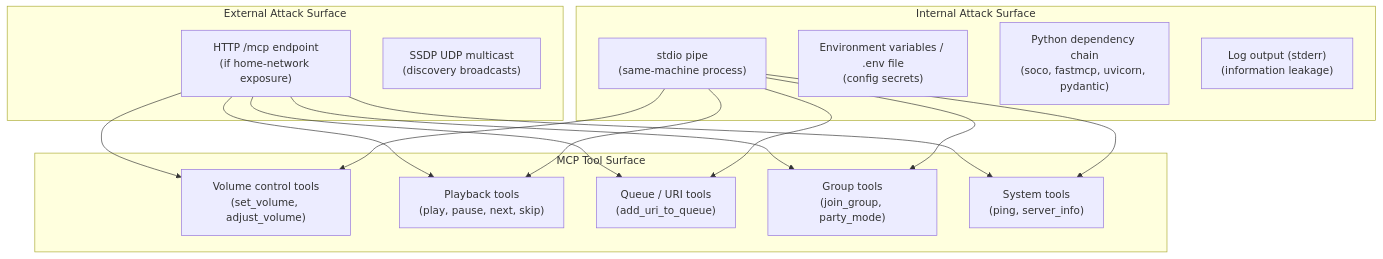
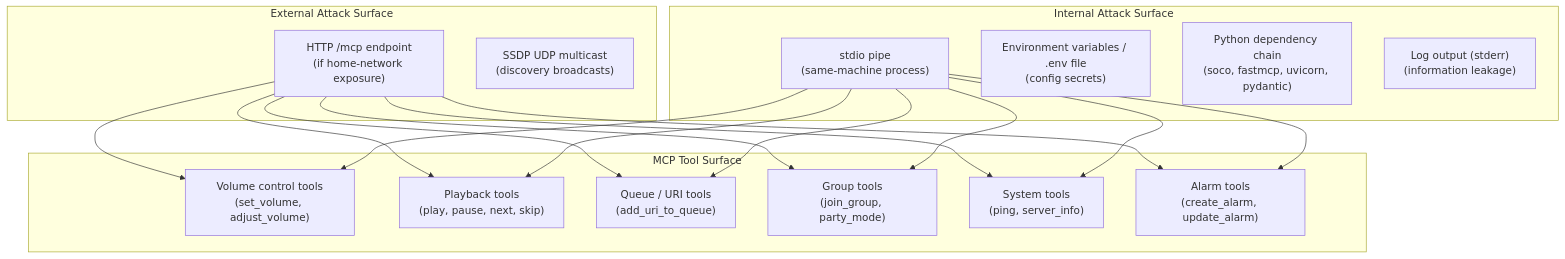
The fourth of 8 diagrams in docs/security/threat-model.md (PaulKnauer/sonos-mcp-server), drawn with Mermaid before and after one commit. The commit also changed other lines of this file and 7 other files, not shown here.

````diff
--- a/docs/security/threat-model.md
+++ b/docs/security/threat-model.md
@@ -150,25 +164,26 @@
 ```mermaid
 graph TD
     subgraph "External Attack Surface"
         AS1["HTTP /mcp endpoint\n(if home-network exposure)"]
         AS2["SSDP UDP multicast\n(discovery broadcasts)"]
     end
 
     subgraph "Internal Attack Surface"
         AS3["stdio pipe\n(same-machine process)"]
         AS4["Environment variables / .env file\n(config secrets)"]
         AS5["Python dependency chain\n(soco, fastmcp, uvicorn, pydantic)"]
         AS6["Log output (stderr)\n(information leakage)"]
     end
 
     subgraph "MCP Tool Surface"
         AS7["Volume control tools\n(set_volume, adjust_volume)"]
         AS8["Playback tools\n(play, pause, next, skip)"]
         AS9["Queue / URI tools\n(add_uri_to_queue)"]
         AS10["Group tools\n(join_group, party_mode)"]
         AS11["System tools\n(ping, server_info)"]
+        AS12["Alarm tools\n(create_alarm, update_alarm)"]
     end
 
-    AS1 --> AS7 & AS8 & AS9 & AS10 & AS11
-    AS3 --> AS7 & AS8 & AS9 & AS10 & AS11
+    AS1 --> AS7 & AS8 & AS9 & AS10 & AS11 & AS12
+    AS3 --> AS7 & AS8 & AS9 & AS10 & AS11 & AS12
 ```
````
